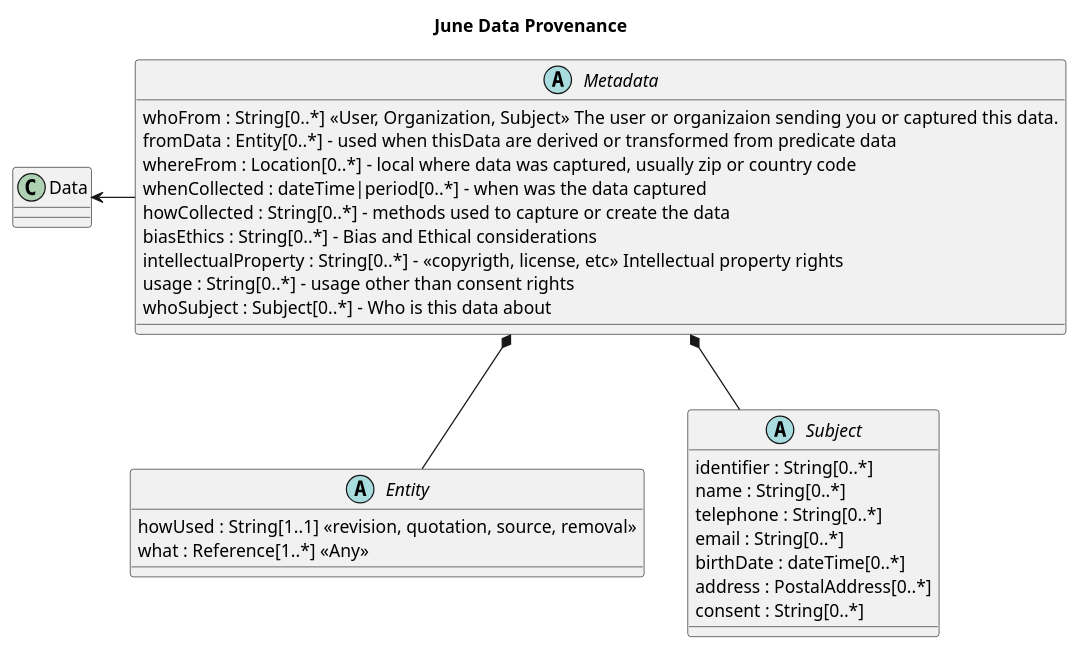
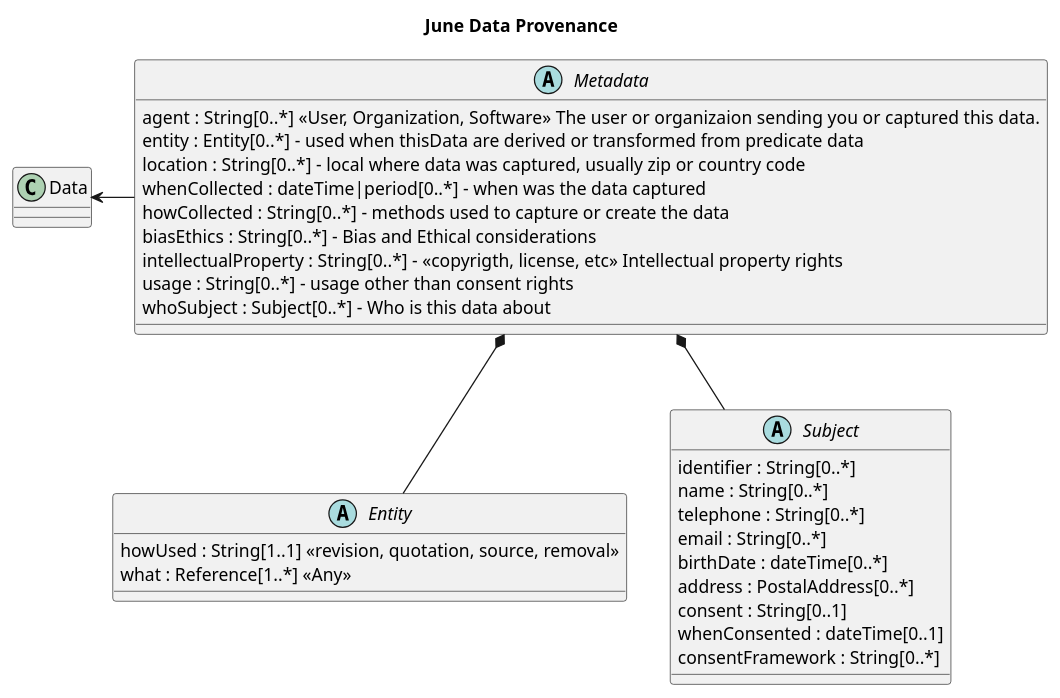
The diagram in metadata-june.plantuml (JohnMoehrke/Metadata), drawn with PlantUML before and after one commit. The commit also changed 4 other files, not shown here.

```diff
--- a/metadata-june.plantuml
+++ b/metadata-june.plantuml
@@ -1,34 +1,36 @@
 @startuml 
 title June Data Provenance
 
 abstract class Metadata {
-  whoFrom : String[0..*] <<User, Organization, Subject>> The user or organizaion sending you or captured this data.
-  fromData : Entity[0..*] - used when thisData are derived or transformed from predicate data
-  whereFrom : Location[0..*] - local where data was captured, usually zip or country code
+  agent : String[0..*] <<User, Organization, Software>> The user or organizaion sending you or captured this data.
+  entity : Entity[0..*] - used when thisData are derived or transformed from predicate data
+  location : String[0..*] - local where data was captured, usually zip or country code
   whenCollected : dateTime|period[0..*] - when was the data captured
   howCollected : String[0..*] - methods used to capture or create the data
   biasEthics : String[0..*] - Bias and Ethical considerations
   intellectualProperty : String[0..*] - <<copyrigth, license, etc>> Intellectual property rights
   usage : String[0..*] - usage other than consent rights
   whoSubject : Subject[0..*] - Who is this data about
 }
 Metadata *-down- Entity 
 Metadata *-down- Subject 
 Metadata -left-> Data
 
 abstract class Subject {
     identifier : String[0..*]
     name : String[0..*]
     telephone : String[0..*]
     email : String[0..*]
     birthDate : dateTime[0..*]
     address : PostalAddress[0..*]
-    consent : String[0..*] 
+    consent : String[0..1] 
+    whenConsented : dateTime[0..1]
+    consentFramework : String[0..*]
 }
 
 abstract class Entity {
     howUsed : String[1..1] <<revision, quotation, source, removal>>
     what : Reference[1..*] <<Any>>
 }
 
 @enduml
```
